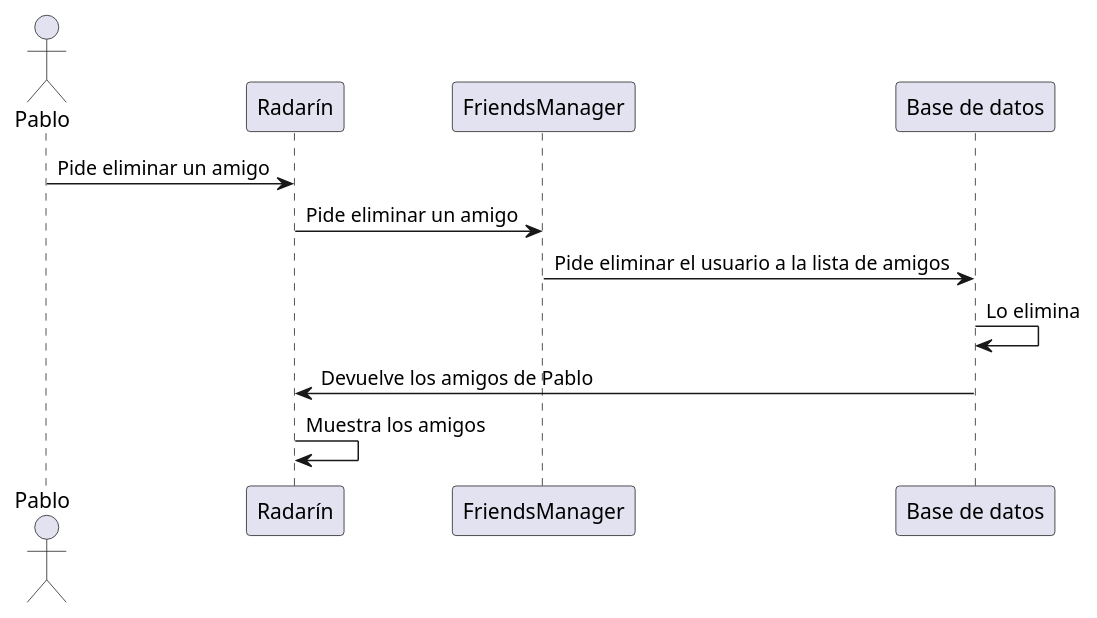
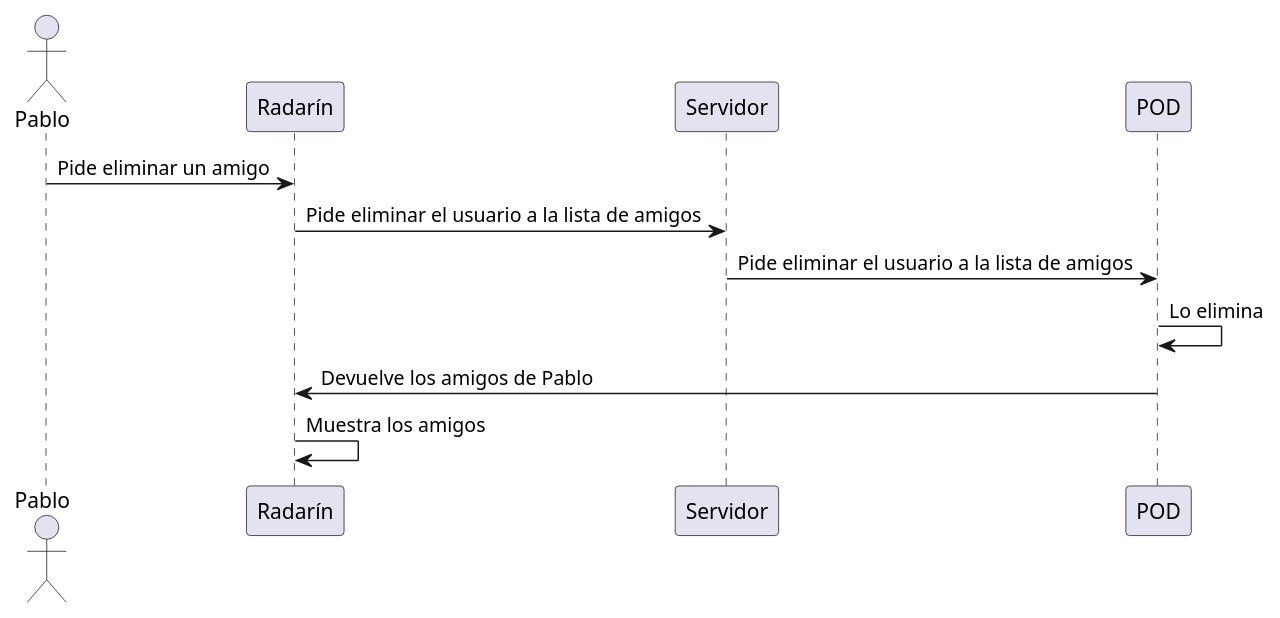
One commit to Arquisoft/radarin_es4a changed the sixth of 10 diagrams in webapp/docs/06_runtime_view.adoc. Above: the diagram before and after it, drawn with PlantUML. The commit also changed other lines of this file and 8 other files, not shown here.

```diff
--- a/webapp/docs/06_runtime_view.adoc
+++ b/webapp/docs/06_runtime_view.adoc
@@ -147,13 +135,13 @@
-[plantuml,"eliminar_amigos",png]
+[plantuml,"eliminar_amigos_web",png]
 ----
 actor Pablo
-participant  "Radarín"
-participant "FriendsManager"
-participant "Base de datos"
+participant "Radarín"
+participant "Servidor"
+participant "POD"
 Pablo -> "Radarín": Pide eliminar un amigo
-"Radarín" -> "FriendsManager": Pide eliminar un amigo
-"FriendsManager" -> "Base de datos": Pide eliminar el usuario a la lista de amigos
-"Base de datos" -> "Base de datos": Lo elimina
-"Base de datos" -> "Radarín" : Devuelve los amigos de Pablo
+"Radarín" -> "Servidor": Pide eliminar el usuario a la lista de amigos
+"Servidor" -> "POD": Pide eliminar el usuario a la lista de amigos
+"POD" -> "POD": Lo elimina
+"POD" -> "Radarín" : Devuelve los amigos de Pablo
 "Radarín" -> "Radarín": Muestra los amigos
 ----
```
